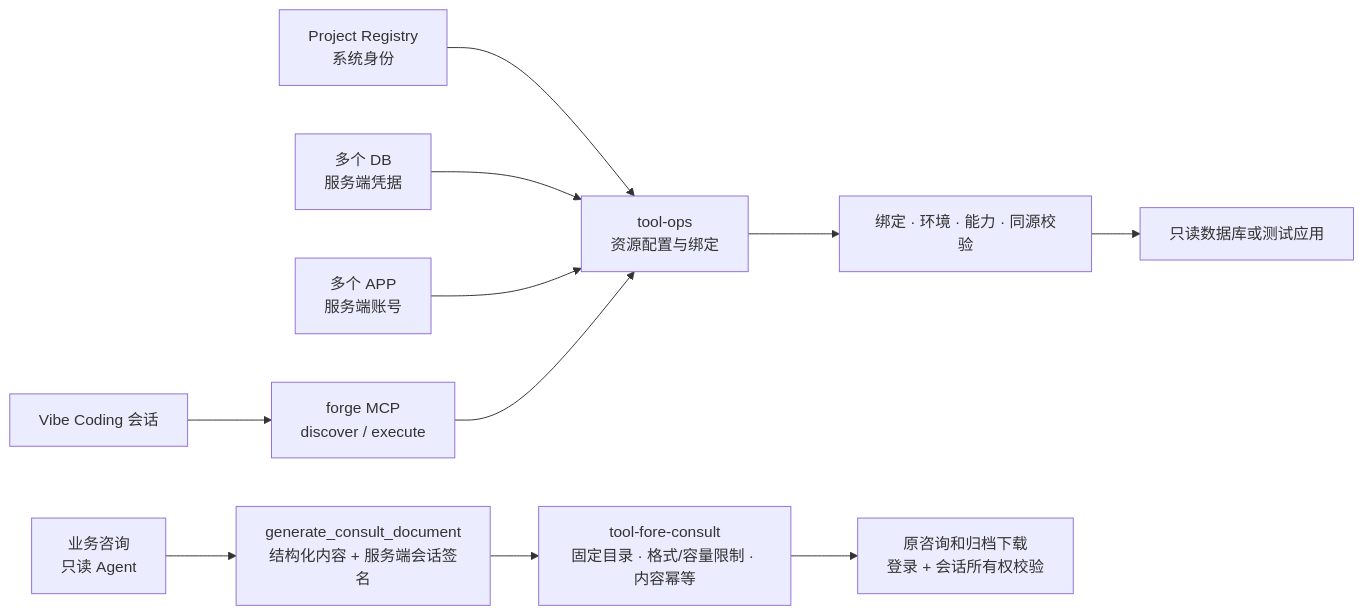
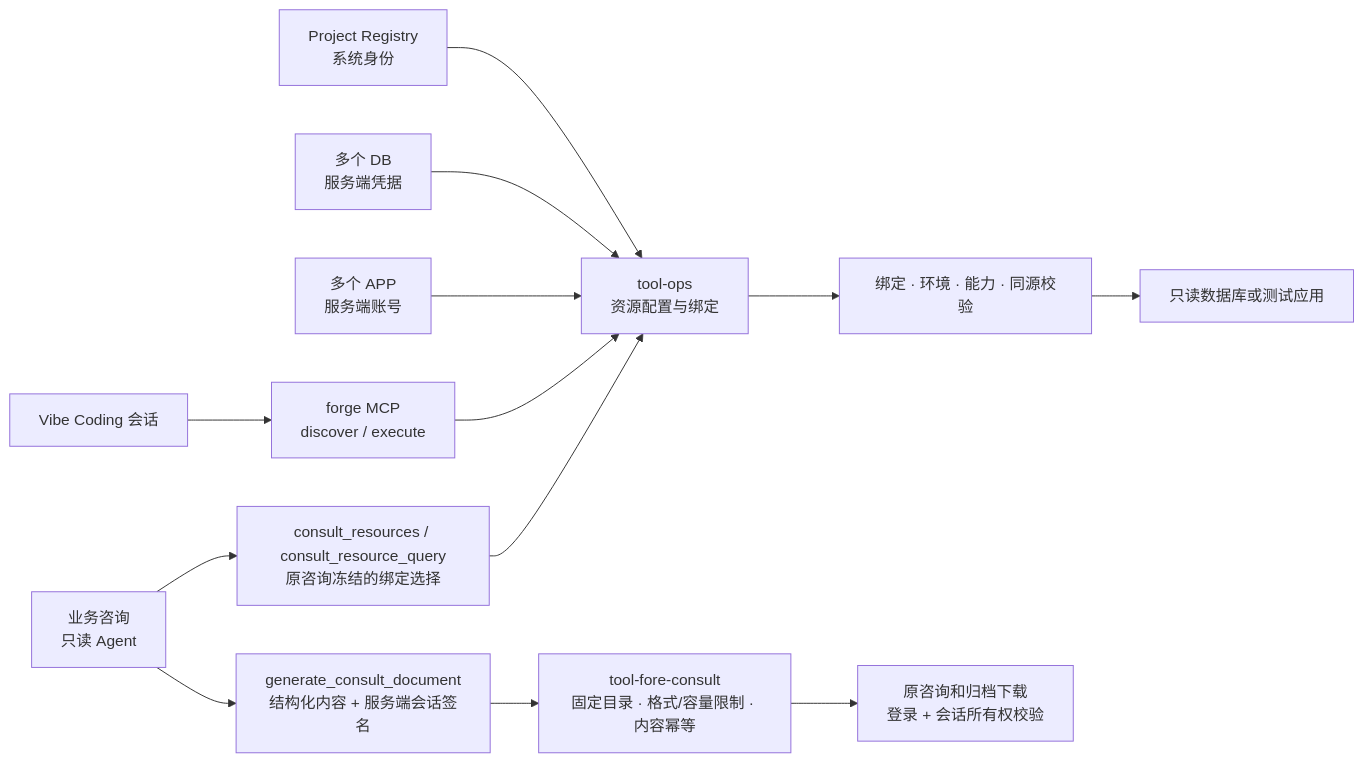
The eighth of 13 diagrams in docs/ai-coding-architecture.md (exception-coder/kai-toolbox), drawn with Mermaid before and after one commit. The commit also changed other lines of this file and 42 other files, not shown here.

````diff
--- a/docs/ai-coding-architecture.md
+++ b/docs/ai-coding-architecture.md
@@ -369,13 +371,15 @@
 ```mermaid
 flowchart LR
     REGISTRY["Project Registry<br/>系统身份"] --> BINDING["tool-ops<br/>资源配置与绑定"]
     DB["多个 DB<br/>服务端凭据"] --> BINDING
     APP["多个 APP<br/>服务端账号"] --> BINDING
     SESSION["Vibe Coding 会话"] --> FORGE["forge MCP<br/>discover / execute"]
     FORGE --> BINDING
     BINDING --> POLICY["绑定 · 环境 · 能力 · 同源校验"]
     POLICY --> TARGET["只读数据库或测试应用"]
     CONSULT["业务咨询<br/>只读 Agent"] --> DOC_TOOL["generate_consult_document<br/>结构化内容 + 服务端会话签名"]
+    CONSULT --> QUERY_TOOL["consult_resources / consult_resource_query<br/>原咨询冻结的绑定选择"]
+    QUERY_TOOL --> BINDING
     DOC_TOOL --> DOC_STORE["tool-fore-consult<br/>固定目录 · 格式/容量限制 · 内容幂等"]
     DOC_STORE --> DOC_DOWNLOAD["原咨询和归档下载<br/>登录 + 会话所有权校验"]
 ```
````
